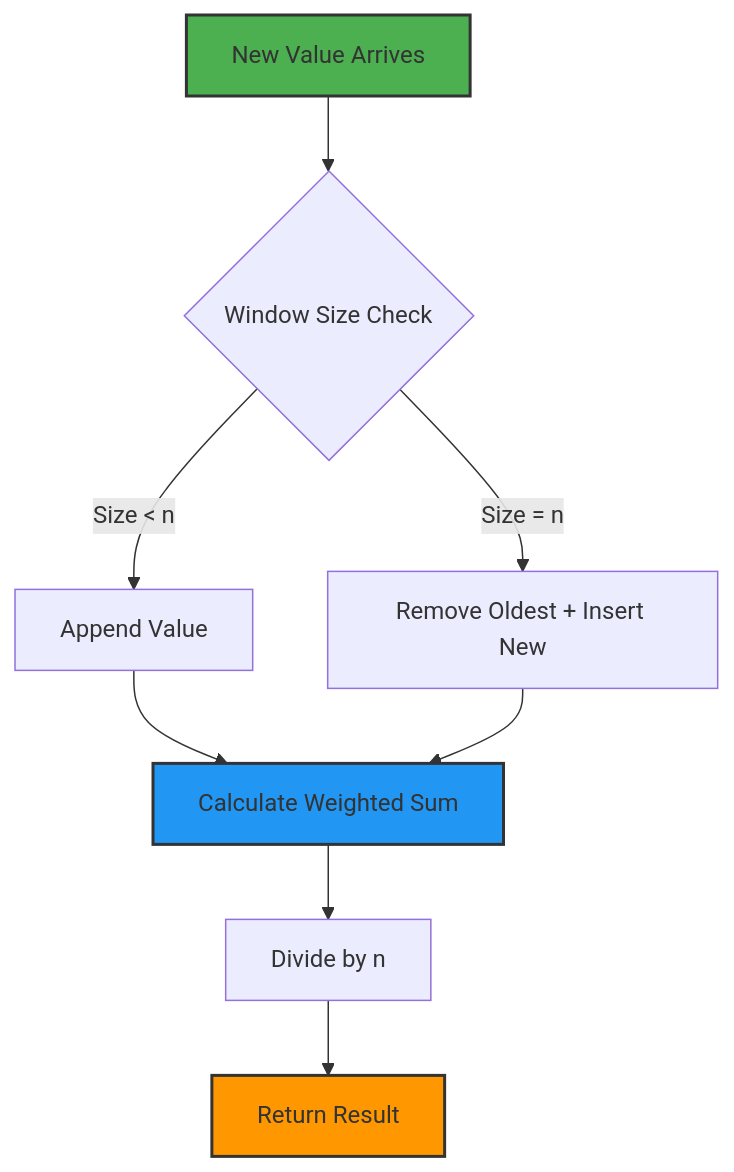
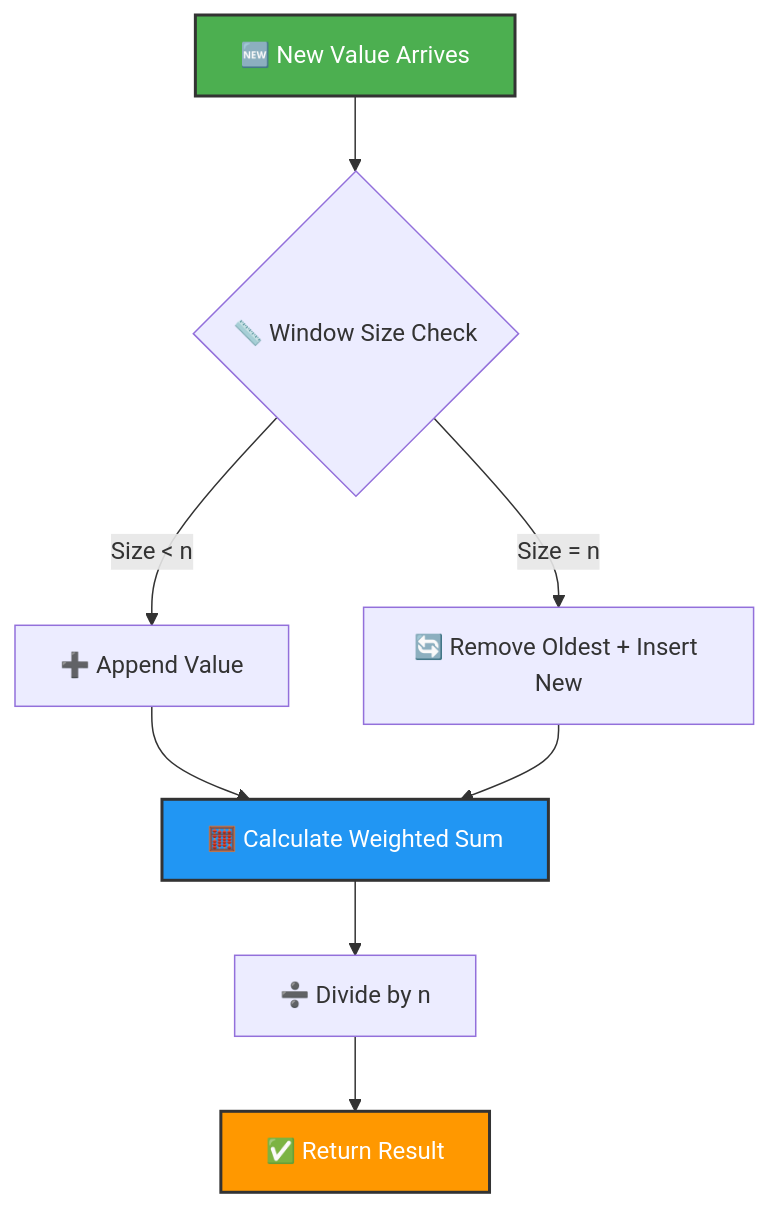
One commit to LuthandoCandlovu/sarao-technical-challenge changed the second of 2 diagrams in project-2/README.md. Above: the diagram before and after it, drawn with Mermaid. The commit also changed other lines of this file, not shown here.

````diff
--- a/project-2/README.md
+++ b/project-2/README.md
@@ -207,14 +289,14 @@
 ```mermaid
 graph TD
-    A[New Value Arrives] --> B{Window Size Check}
-    B -->|Size < n| C[Append Value]
-    B -->|Size = n| D[Remove Oldest + Insert New]
-    C --> E[Calculate Weighted Sum]
+    A[🆕 New Value Arrives] --> B{📏 Window Size Check}
+    B -->|Size < n| C[➕ Append Value]
+    B -->|Size = n| D[🔄 Remove Oldest + Insert New]
+    C --> E[🧮 Calculate Weighted Sum]
     D --> E
-    E --> F[Divide by n]
-    F --> G[Return Result]
+    E --> F[➗ Divide by n]
+    F --> G[✅ Return Result]
 
-    style A fill:#4CAF50,stroke:#333,stroke-width:2px
-    style E fill:#2196F3,stroke:#333,stroke-width:2px
-    style G fill:#FF9800,stroke:#333,stroke-width:2px
+    style A fill:#4CAF50,stroke:#333,stroke-width:2px,color:#fff
+    style E fill:#2196F3,stroke:#333,stroke-width:2px,color:#fff
+    style G fill:#FF9800,stroke:#333,stroke-width:2px,color:#fff
 ```
````
